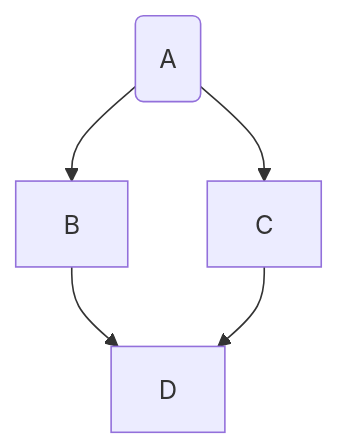
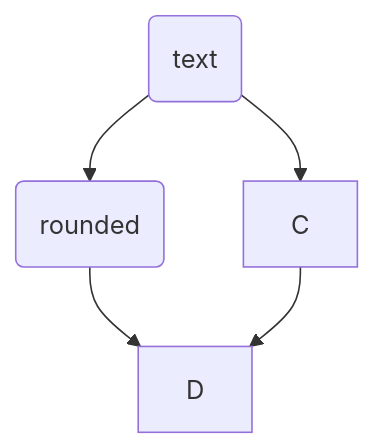
One commit to rlads2017G1/old-blog changed the second of 2 diagrams in _posts/2018-02-24-new_md_features.md. Above: the diagram before and after it, drawn with Mermaid.

````diff
--- a/_posts/2018-02-24-new_md_features.md
+++ b/_posts/2018-02-24-new_md_features.md
@@ -80,7 +80,7 @@
 ```mermaid
 graph TD;
-    A(<center>A</center>)-->B;
+    A(<center>text</center>)-->B(rounded);
     A-->C;
     B-->D;
     C-->D;
 ```
````
